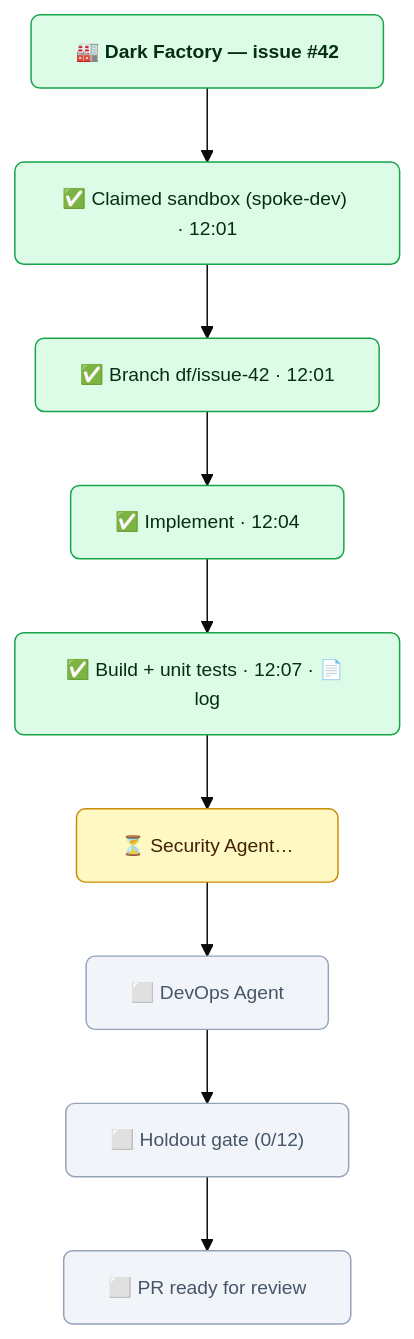
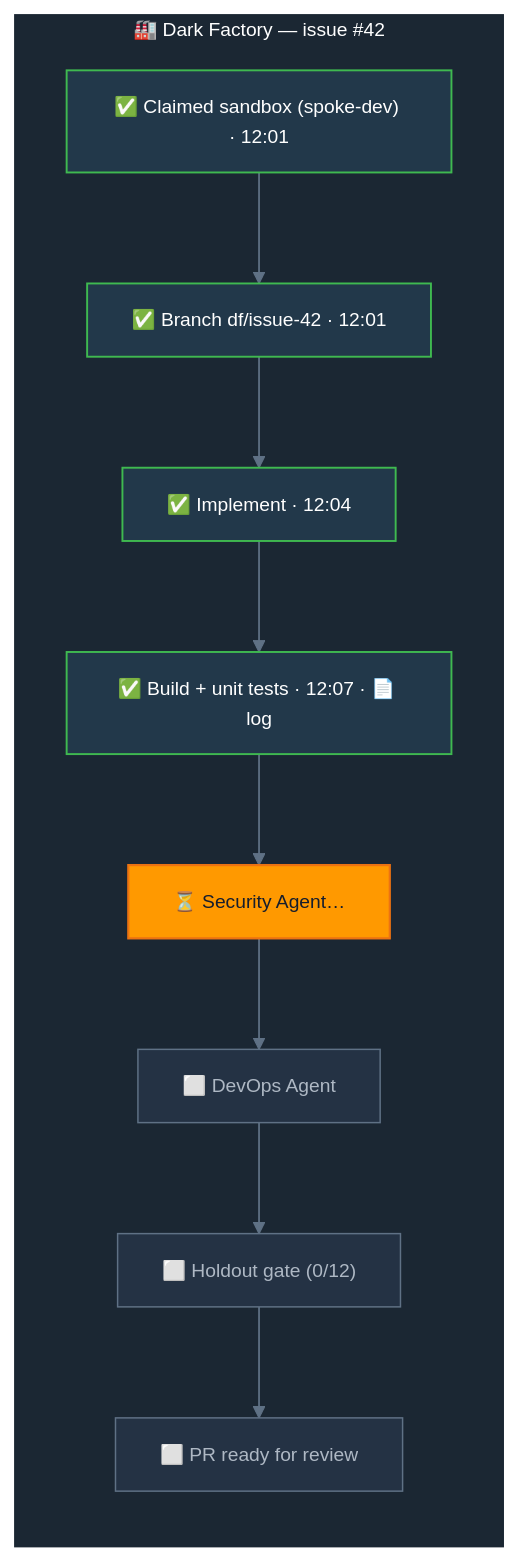
The third of 3 diagrams in docs/dark-factory/diagrams/flow-b-dark-factory.md (aws-samples/sample-open-agentic-platform), drawn with Mermaid before and after one commit. The commit also changed other lines of this file and 1 other file, not shown here.

First line of the commit message:
docs(dark-factory): restyle diagrams to AWS dark-canvas keynote theme

````diff
--- a/docs/dark-factory/diagrams/flow-b-dark-factory.md
+++ b/docs/dark-factory/diagrams/flow-b-dark-factory.md
@@ -143,18 +158,26 @@
 ```mermaid
-%%{init: {'theme':'base','themeVariables':{'fontFamily':'ui-monospace, monospace','fontSize':'13px'}}}%%
+%%{init: {'theme':'base','themeVariables':{
+  'fontFamily':'Amazon Ember, Helvetica, Arial, sans-serif','fontSize':'13px',
+  'primaryColor':'#2E4257','primaryBorderColor':'#7C8FA3','primaryTextColor':'#FFFFFF',
+  'lineColor':'#8B99A7','clusterBkg':'#26374A','clusterBorder':'#5F7185'}}}%%
 flowchart TB
-    classDef done fill:#DCFCE7,stroke:#16A34A,color:#052E16,rx:6,ry:6;
-    classDef now  fill:#FEF9C3,stroke:#CA8A04,color:#422006,rx:6,ry:6;
-    classDef wait fill:#F1F5F9,stroke:#94A3B8,color:#475569,rx:6,ry:6;
+    classDef canvas fill:#1B2733,stroke:#1B2733,color:#FFFFFF;
+    classDef done   fill:#22384A,stroke:#3FB950,color:#FFFFFF,stroke-width:1.3px;
+    classDef now    fill:#FF9900,stroke:#EC7211,color:#161E2D,stroke-width:1.5px;
+    classDef wait   fill:#243244,stroke:#5F7185,color:#AEB8C4,stroke-width:1px;
 
-    H["🏭 <b>Dark Factory — issue #42</b>"]:::done
-    A["✅ Claimed sandbox (spoke-dev) · 12:01"]:::done
-    B["✅ Branch df/issue-42 · 12:01"]:::done
-    C["✅ Implement · 12:04"]:::done
-    D["✅ Build + unit tests · 12:07 · 📄 log"]:::done
-    E["⏳ Security Agent…"]:::now
-    F["⬜ DevOps Agent"]:::wait
-    G["⬜ Holdout gate (0/12)"]:::wait
-    I["⬜ PR ready for review"]:::wait
-    H-->A-->B-->C-->D-->E-->F-->G-->I
+    subgraph CANVAS["🏭  Dark Factory — issue #42"]
+    direction TB
+        A["✅ Claimed sandbox (spoke-dev) · 12:01"]:::done
+        B["✅ Branch df/issue-42 · 12:01"]:::done
+        C["✅ Implement · 12:04"]:::done
+        D["✅ Build + unit tests · 12:07 · 📄 log"]:::done
+        E["⏳ Security Agent…"]:::now
+        F["⬜ DevOps Agent"]:::wait
+        G["⬜ Holdout gate (0/12)"]:::wait
+        I["⬜ PR ready for review"]:::wait
+        A --> B --> C --> D --> E --> F --> G --> I
+    end
+    class CANVAS canvas
+    linkStyle default stroke:#5F7185,stroke-width:1.2px;
 ```
````
